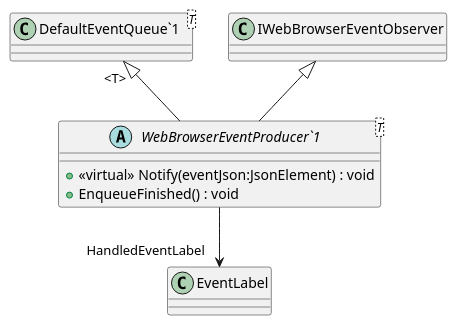
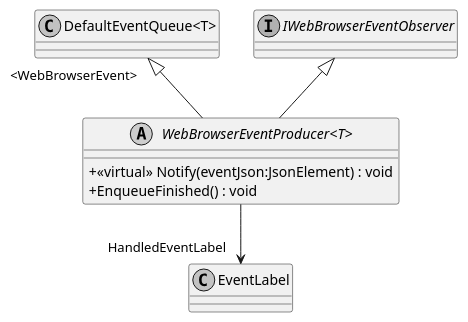
One commit to insightmind/MORR changed the diagram in application/plantuml/Modules/WebBrowser/Producers/WebBrowserEventProducer.puml. Above: the diagram before and after it, drawn with PlantUML. The commit also changed 14 other files, not shown here.

```diff
--- a/application/plantuml/Modules/WebBrowser/Producers/WebBrowserEventProducer.puml
+++ b/application/plantuml/Modules/WebBrowser/Producers/WebBrowserEventProducer.puml
@@ -1,11 +1,14 @@
 @startuml
-abstract class "WebBrowserEventProducer`1"<T> {
+skinparam monochrome true
+skinparam ClassAttributeIconSize 0
+abstract class "WebBrowserEventProducer<T>" {
     + <<virtual>> Notify(eventJson:JsonElement) : void
     + EnqueueFinished() : void
 }
-class "DefaultEventQueue`1"<T> {
+class "DefaultEventQueue<T>" {
 }
-"DefaultEventQueue`1" "<T>" <|-- "WebBrowserEventProducer`1"
-IWebBrowserEventObserver <|-- "WebBrowserEventProducer`1"
-"WebBrowserEventProducer`1" --> "HandledEventLabel" EventLabel
+interface "IWebBrowserEventObserver"
+"DefaultEventQueue<T>" "   <WebBrowserEvent>" <|-- "WebBrowserEventProducer<T>"
+IWebBrowserEventObserver <|-- "WebBrowserEventProducer<T>"
+"WebBrowserEventProducer<T>" --> "HandledEventLabel" EventLabel
 @enduml
```
